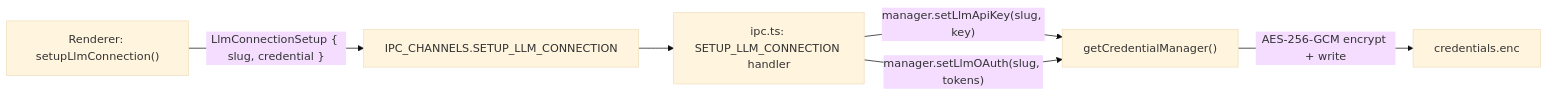
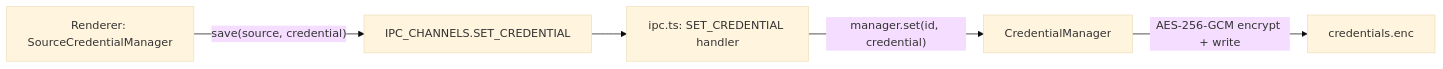
Before and after one commit to blackcater/zentree: the second of 3 diagrams in docs/lukilabs_craft-agents-oss/security/index.md, drawn with Mermaid (base theme). The commit also changed other lines of this file and 232 other files, not shown here.

````diff
--- a/docs/lukilabs_craft-agents-oss/security/index.md
+++ b/docs/lukilabs_craft-agents-oss/security/index.md
@@ -68,14 +68,13 @@
 ```mermaid
 flowchart LR
-    ui["Renderer: setupLlmConnection()"]
-    ipc["IPC_CHANNELS.SETUP_LLM_CONNECTION"]
-    handler["ipc.ts: SETUP_LLM_CONNECTION handler"]
-    credmgr["getCredentialManager()"]
+    ui["Renderer: SourceCredentialManager"]
+    ipc["IPC_CHANNELS.SET_CREDENTIAL"]
+    handler["ipc.ts: SET_CREDENTIAL handler"]
+    credmgr["CredentialManager"]
     enc["credentials.enc"]
 
-    ui -->|"LlmConnectionSetup { slug, credential }"| ipc
+    ui -->|"save(source, credential)"| ipc
     ipc --> handler
-    handler -->|"manager.setLlmApiKey(slug, key)"| credmgr
-    handler -->|"manager.setLlmOAuth(slug, tokens)"| credmgr
+    handler -->|"manager.set(id, credential)"| credmgr
     credmgr -->|"AES-256-GCM encrypt + write"| enc
 ```
````
